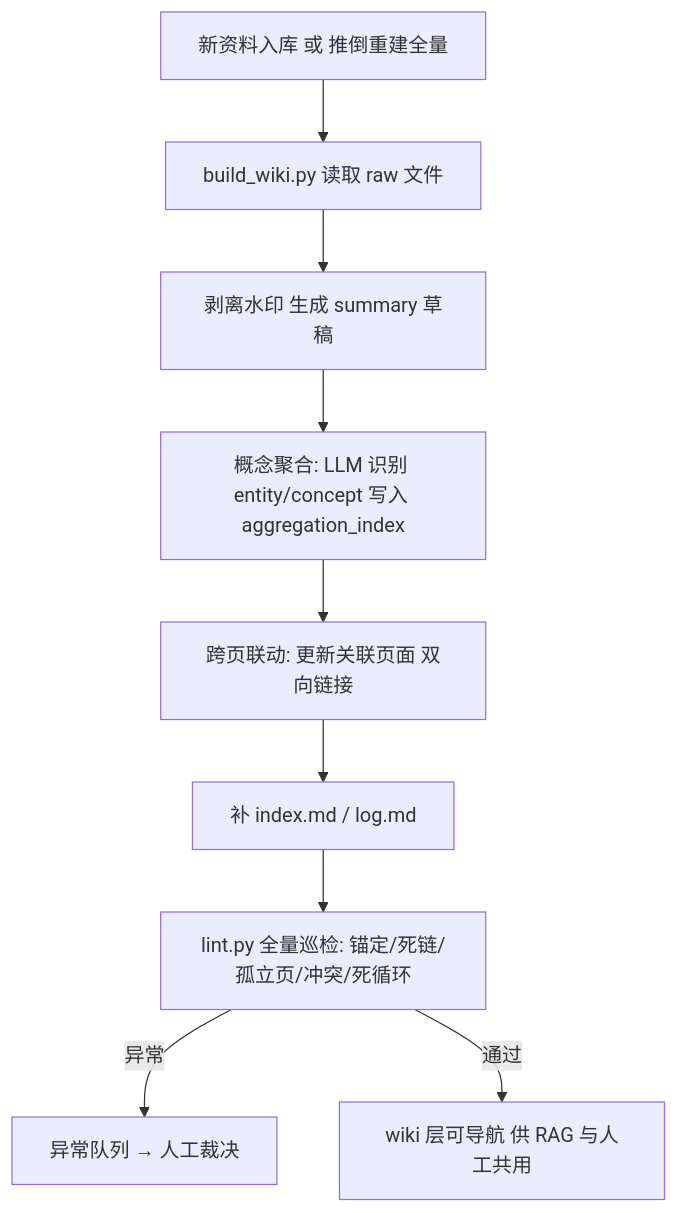
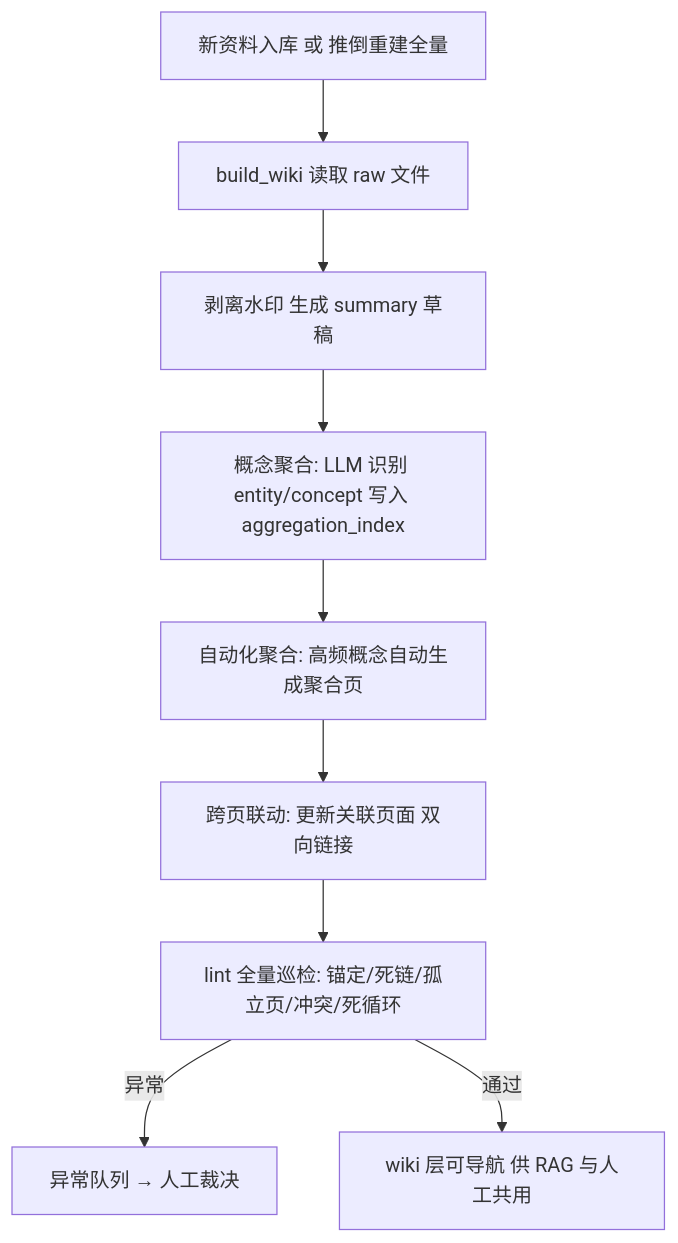
One commit to Babymrbbbb/llm-wiki changed the diagram in README.md. Above: the diagram before and after it, drawn with Mermaid. The commit also changed other lines of this file and 2 other files, not shown here.

````diff
--- a/README.md
+++ b/README.md
@@ -46,11 +46,11 @@
 ```mermaid
 flowchart TD
-    A[新资料入库 或 推倒重建全量] --> B[build_wiki.py 读取 raw 文件]
+    A[新资料入库 或 推倒重建全量] --> B[build_wiki 读取 raw 文件]
     B --> C[剥离水印 生成 summary 草稿]
     C --> D[概念聚合: LLM 识别 entity/concept 写入 aggregation_index]
-    D --> E[跨页联动: 更新关联页面 双向链接]
-    E --> F[补 index.md / log.md]
-    F --> G[lint.py 全量巡检: 锚定/死链/孤立页/冲突/死循环]
+    D --> E[自动化聚合: 高频概念自动生成聚合页]
+    E --> F[跨页联动: 更新关联页面 双向链接]
+    F --> G[lint 全量巡检: 锚定/死链/孤立页/冲突/死循环]
     G -->|异常| H[异常队列 → 人工裁决]
     G -->|通过| I[wiki 层可导航 供 RAG 与人工共用]
 ```
````
